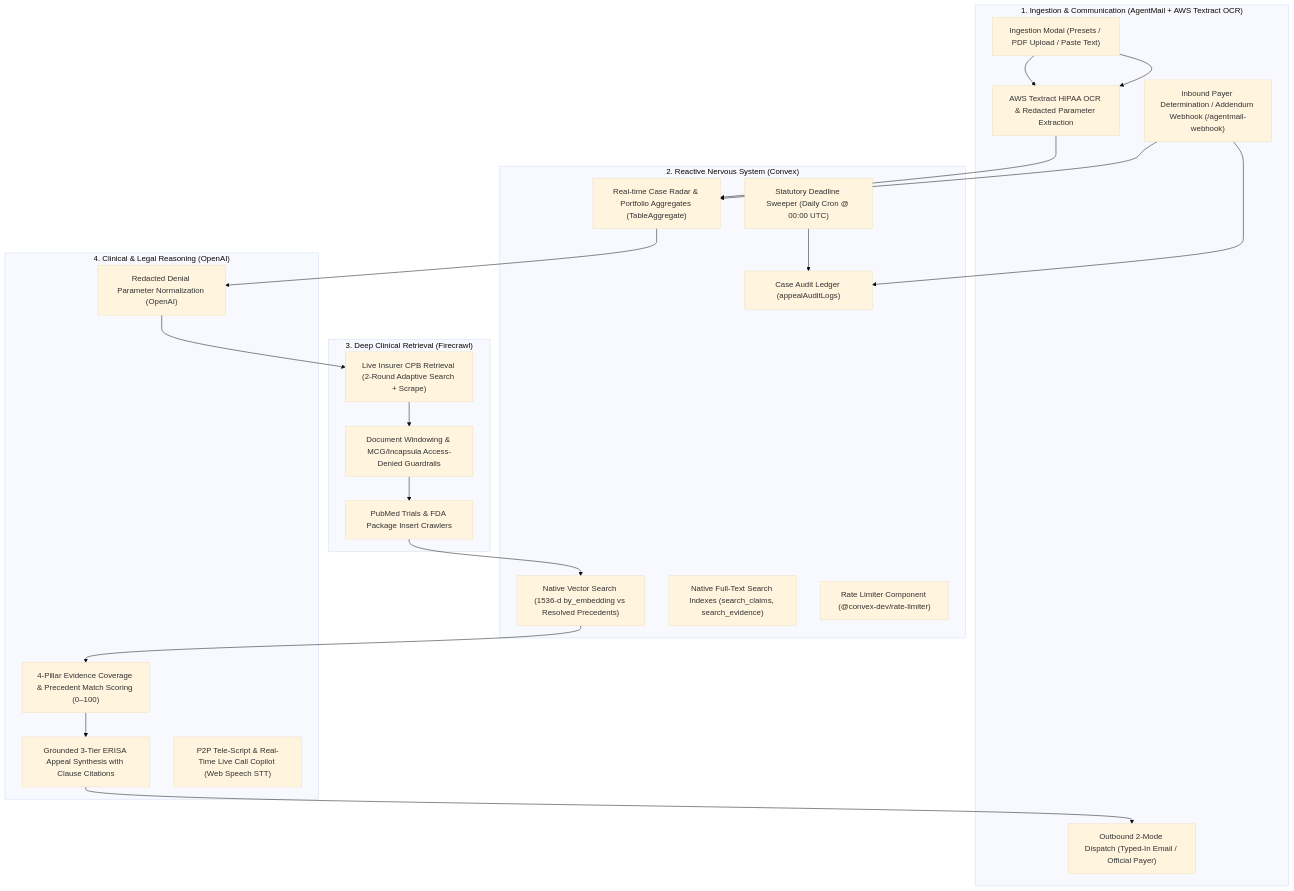
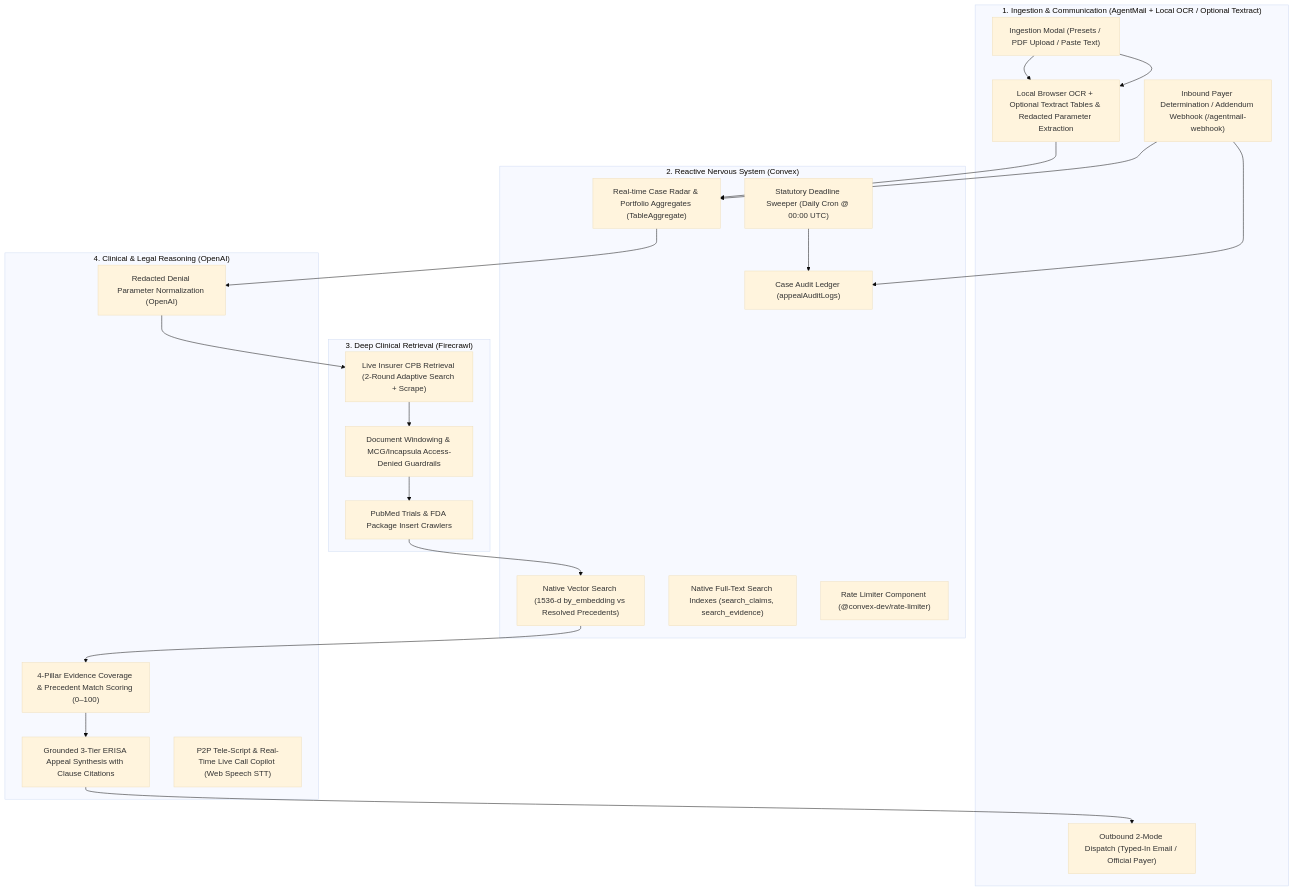
The diagram in IDEA.md (zaikaman/ClaimHero), drawn with Mermaid (base theme) before and after one commit. The commit also changed other lines of this file and 15 other files, not shown here.

First line of the commit message:
Refactor optical intake process to utilize in-browser OCR with optional AWS Textract enhancement

````diff
--- a/IDEA.md
+++ b/IDEA.md
@@ -23,44 +23,44 @@
 ```mermaid
 flowchart TD
-    subgraph Intake ["1. Ingestion & Communication (AgentMail + AWS Textract OCR)"]
-        A1["Ingestion Modal (Presets / PDF Upload / Paste Text)"] --> A2["AWS Textract HIPAA OCR & Redacted Parameter Extraction"]
+    subgraph Intake ["1. Ingestion & Communication (AgentMail + Local OCR / Optional Textract)"]
+        A1["Ingestion Modal (Presets / PDF Upload / Paste Text)"] --> A2["Local Browser OCR + Optional Textract Tables & Redacted Parameter Extraction"]
         A3["Outbound 2-Mode Dispatch (Typed-In Email / Official Payer)"]
         A4["Inbound Payer Determination / Addendum Webhook (/agentmail-webhook)"]
     end
 
     subgraph Brain ["2. Reactive Nervous System (Convex)"]
         C1["Real-time Case Radar & Portfolio Aggregates (TableAggregate)"]
         C2["Native Vector Search (1536-d by_embedding vs Resolved Precedents)"]
         C3["Native Full-Text Search Indexes (search_claims, search_evidence)"]
         C4["Statutory Deadline Sweeper (Daily Cron @ 00:00 UTC)"]
         C5["Rate Limiter Component (@convex-dev/rate-limiter)"]
         C6["Case Audit Ledger (appealAuditLogs)"]
     end
 
     subgraph Senses ["3. Deep Clinical Retrieval (Firecrawl)"]
         F1["Live Insurer CPB Retrieval (2-Round Adaptive Search + Scrape)"]
         F2["Document Windowing & MCG/Incapsula Access-Denied Guardrails"]
         F3["PubMed Trials & FDA Package Insert Crawlers"]
     end
 
     subgraph Intelligence ["4. Clinical & Legal Reasoning (OpenAI)"]
         O1["Redacted Denial Parameter Normalization (OpenAI)"]
         O2["4-Pillar Evidence Coverage & Precedent Match Scoring (0–100)"]
         O3["Grounded 3-Tier ERISA Appeal Synthesis with Clause Citations"]
         O4["P2P Tele-Script & Real-Time Live Call Copilot (Web Speech STT)"]
     end
 
     A1 --> A2
     A2 --> C1
     C1 --> O1
     O1 --> F1
     F1 --> F2
     F2 --> F3
     F3 --> C2
     C2 --> O2
     O2 --> O3
     O3 --> A3
     C4 --> C6
     A4 --> C1
     A4 --> C6
 ```
````
